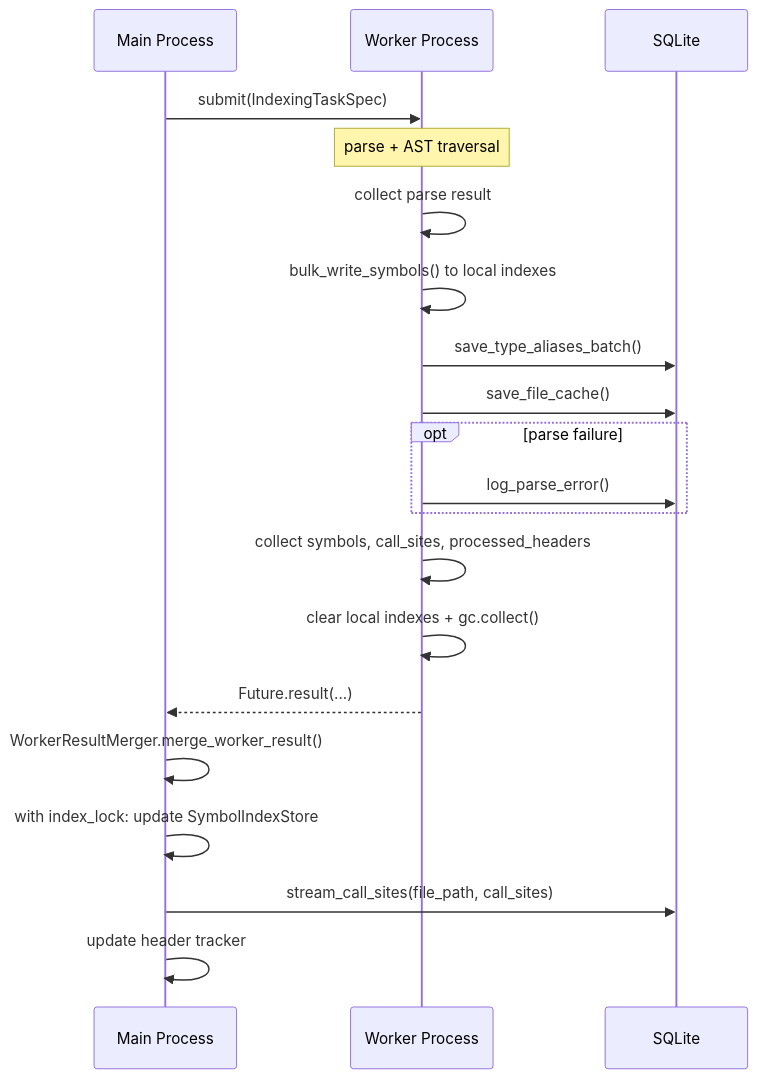
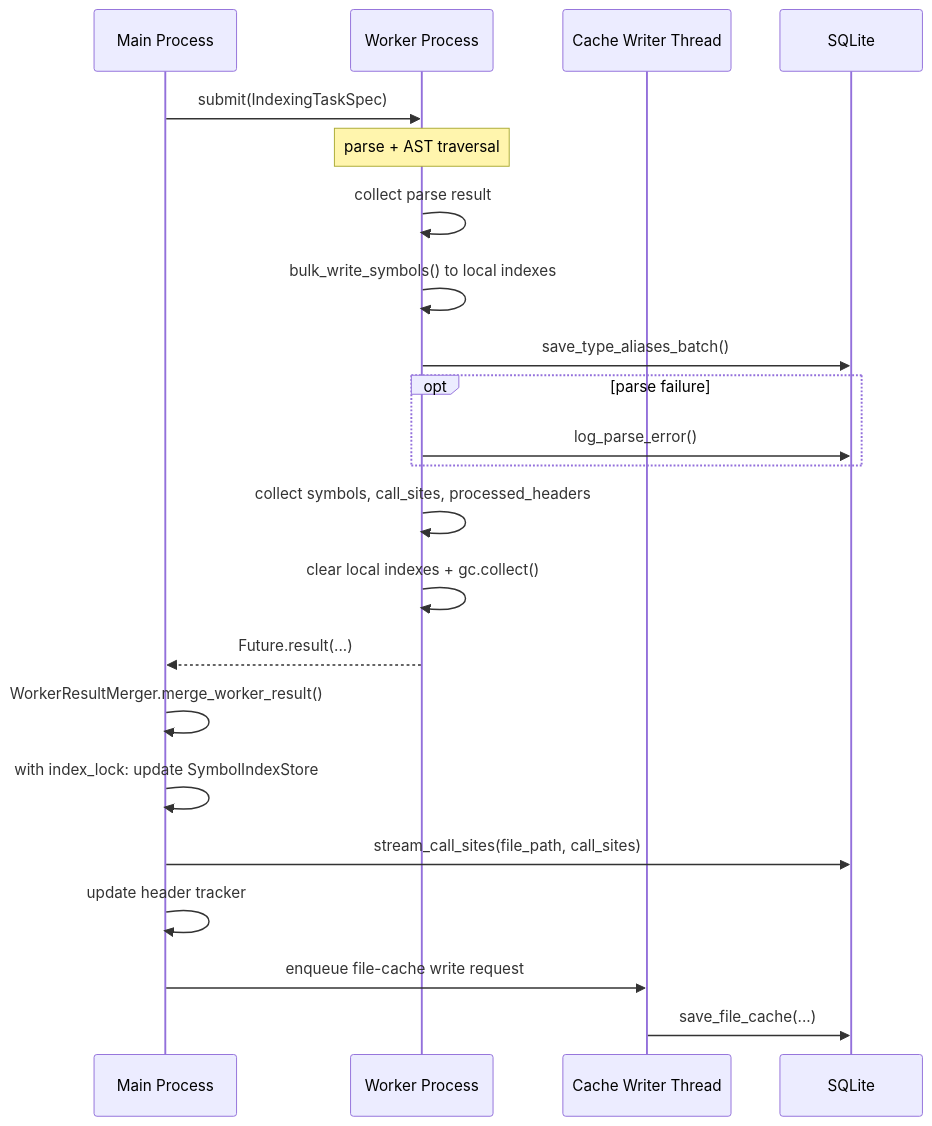
One commit to andreymedv/clang_index_mcp changed the second of 3 diagrams in docs/ARCHITECTURE.md. Above: the diagram before and after it, drawn with Mermaid. The commit also changed other lines of this file, not shown here.

First line of the commit message:
docs(architecture): document background cache writer thread

````diff
--- a/docs/ARCHITECTURE.md
+++ b/docs/ARCHITECTURE.md
@@ -179,24 +180,26 @@
 ```mermaid
 sequenceDiagram
     participant MP as Main Process
     participant WP as Worker Process
+    participant CWT as Cache Writer Thread
     participant DB as SQLite
 
     MP->>WP: submit(IndexingTaskSpec)
     Note over WP: parse + AST traversal
     WP->>WP: collect parse result
     WP->>WP: bulk_write_symbols() to local indexes
     WP->>DB: save_type_aliases_batch()
-    WP->>DB: save_file_cache()
     opt parse failure
         WP->>DB: log_parse_error()
     end
     WP->>WP: collect symbols, call_sites, processed_headers
     WP->>WP: clear local indexes + gc.collect()
     WP-->>MP: Future.result(...)
 
     MP->>MP: WorkerResultMerger.merge_worker_result()
     MP->>MP: with index_lock: update SymbolIndexStore
     MP->>DB: stream_call_sites(file_path, call_sites)
     MP->>MP: update header tracker
+    MP->>CWT: enqueue file-cache write request
+    CWT->>DB: save_file_cache(...)
 ```
````
